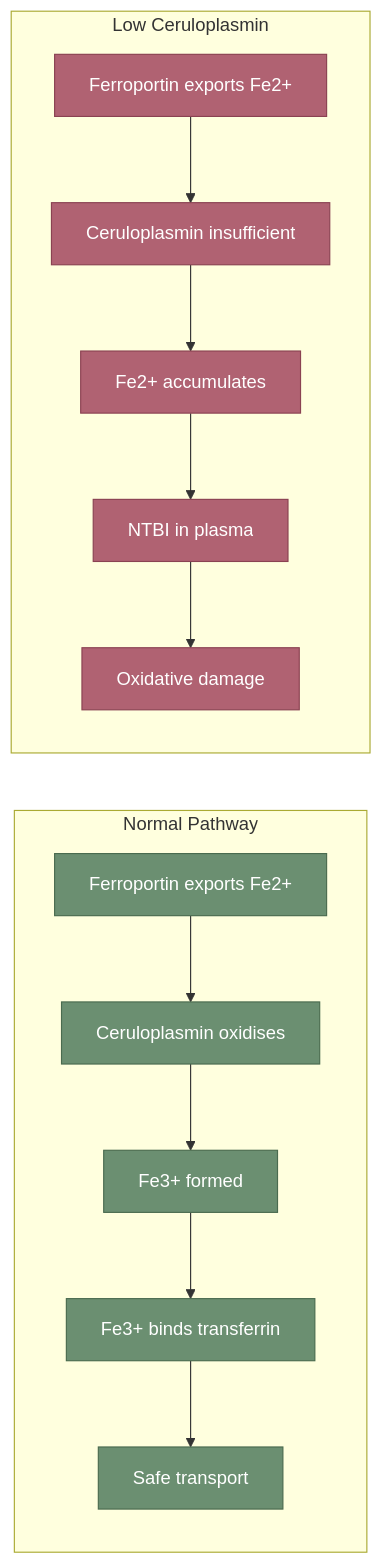
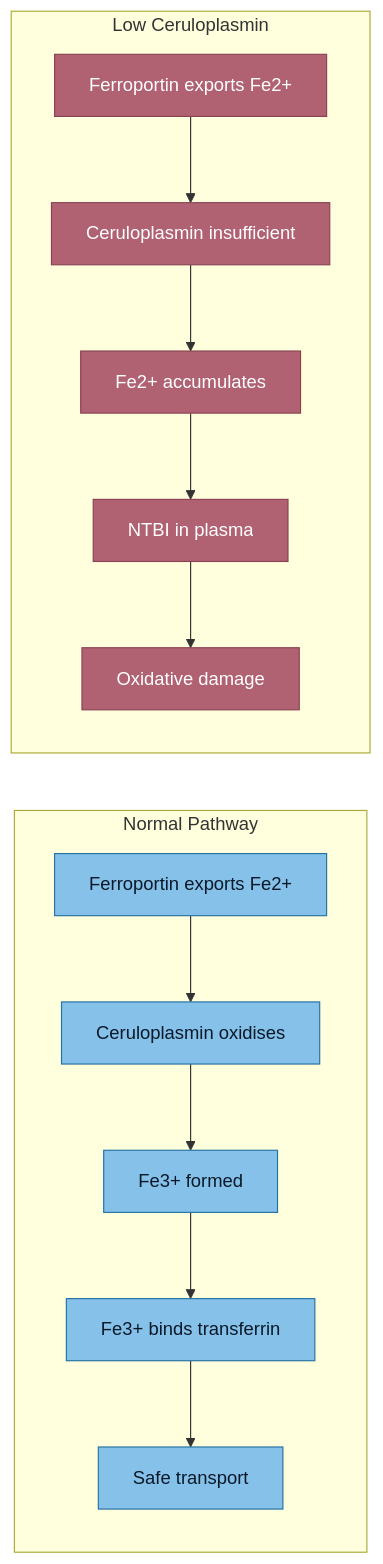
One commit to Aegis-commits/ag-hfe-adhd-asd-research changed the diagram in iron-metabolism/Ceruloplasmin and Ferroxidase Activity.md. Above: the diagram before and after it, drawn with Mermaid. The commit also changed 39 other files, not shown here.

First line of the commit message:
docs(vault): standardise diagram colours for light-mode readability, add MOC quick nav

````diff
--- a/iron-metabolism/Ceruloplasmin and Ferroxidase Activity.md
+++ b/iron-metabolism/Ceruloplasmin and Ferroxidase Activity.md
@@ -42,34 +42,34 @@
 ```mermaid
 flowchart LR
     subgraph Normal["Normal Pathway"]
         FPN["Ferroportin exports Fe2+"]
         CP["Ceruloplasmin oxidises"]
         FE3["Fe3+ formed"]
         TF["Fe3+ binds transferrin"]
         SAFE["Safe transport"]
     end
 
     subgraph Impaired["Low Ceruloplasmin"]
         FPN2["Ferroportin exports Fe2+"]
         LOW["Ceruloplasmin insufficient"]
         FE2["Fe2+ accumulates"]
         NTBI["NTBI in plasma"]
         TOX["Oxidative damage"]
     end
 
     FPN --> CP
     CP --> FE3
     FE3 --> TF
     TF --> SAFE
 
     FPN2 --> LOW
     LOW --> FE2
     FE2 --> NTBI
     NTBI --> TOX
 
-    classDef normal fill:#6b8f71,stroke:#4a6b4f,color:#fff
+    classDef normal fill:#85c1e9,stroke:#2471a3,color:#0a1929
     classDef impaired fill:#b06272,stroke:#8a4252,color:#fff
 
     class FPN,CP,FE3,TF,SAFE normal
     class FPN2,LOW,FE2,NTBI,TOX impaired
 ```
````
